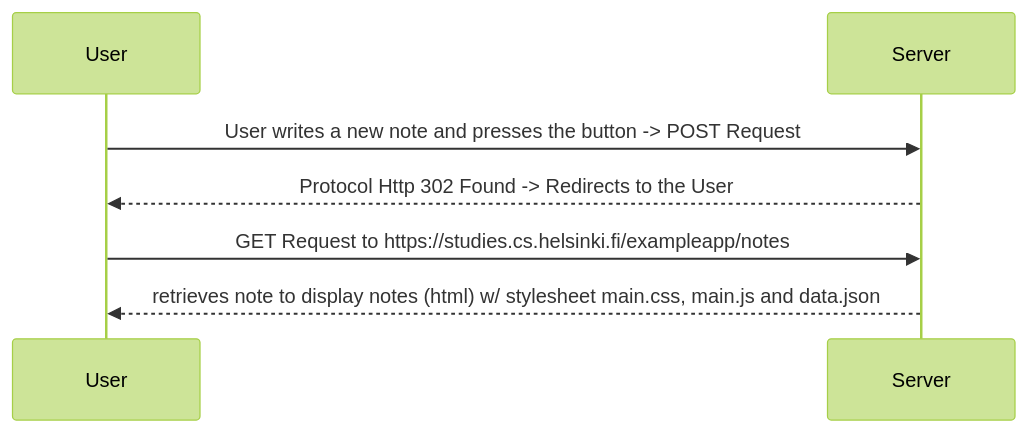
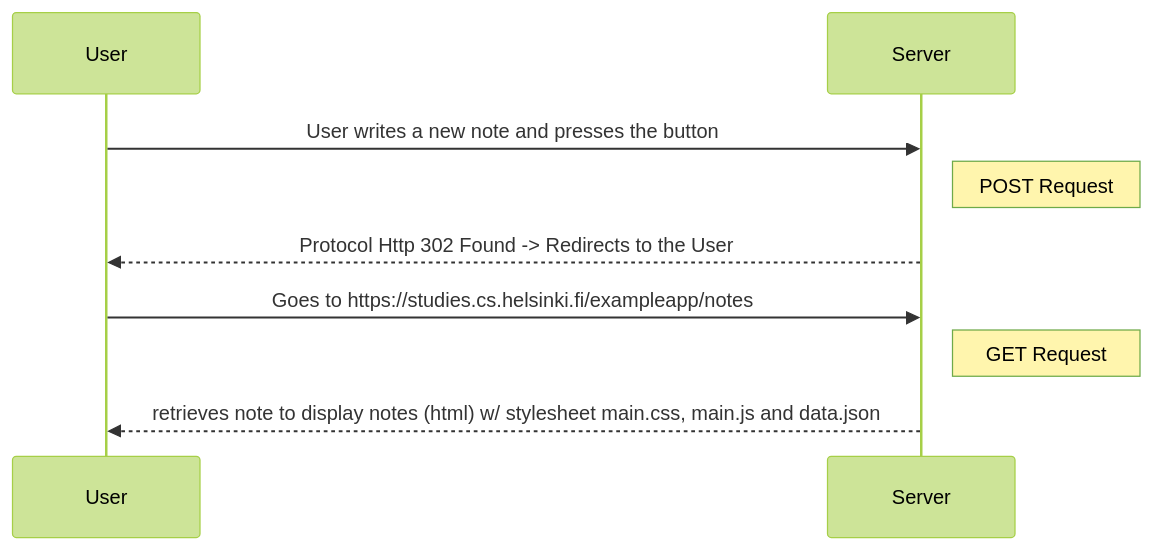
One commit to ahcl-59/FullStackOpenCourse changed the diagram in part0/0.4_notesDiagram.md. Above: the diagram before and after it, drawn with Mermaid (forest theme).

Commit message:
Refine sequence diagram for note creation process
Updated the sequence diagram to clarify user actions and server responses.

````diff
--- a/part0/0.4_notesDiagram.md
+++ b/part0/0.4_notesDiagram.md
@@ -1,7 +1,12 @@
 ```mermaid
 sequenceDiagram
-    User->>Server: User writes a new note and presses the button -> POST Request
+    participant User
+    participant Server
+
+    User->>Server: User writes a new note and presses the button
+    Note right of Server: POST Request
     Server-->>User: Protocol Http 302 Found -> Redirects to the User
-    User->>Server: GET Request to https://studies.cs.helsinki.fi/exampleapp/notes
+    User->>Server: Goes to https://studies.cs.helsinki.fi/exampleapp/notes
+    Note right of Server: GET Request
     Server-->>User: retrieves note to display notes (html) w/ stylesheet main.css, main.js and data.json
 ```
````
